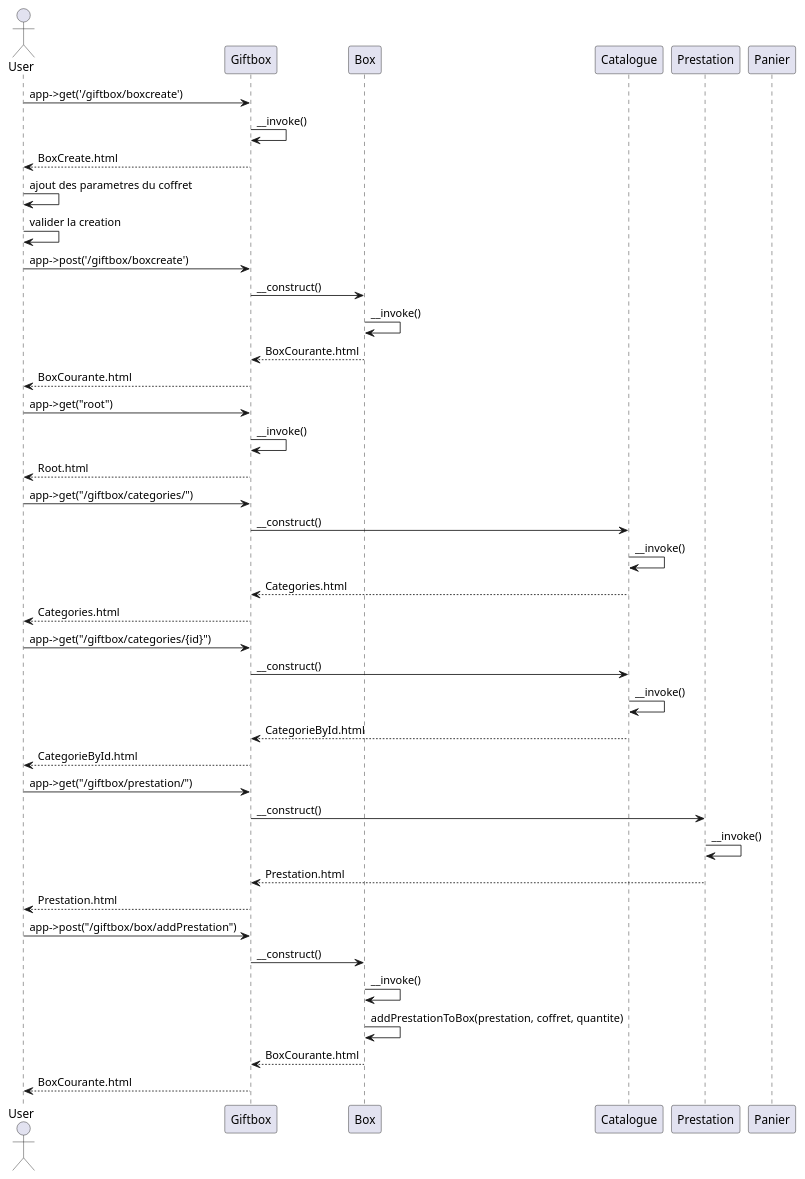
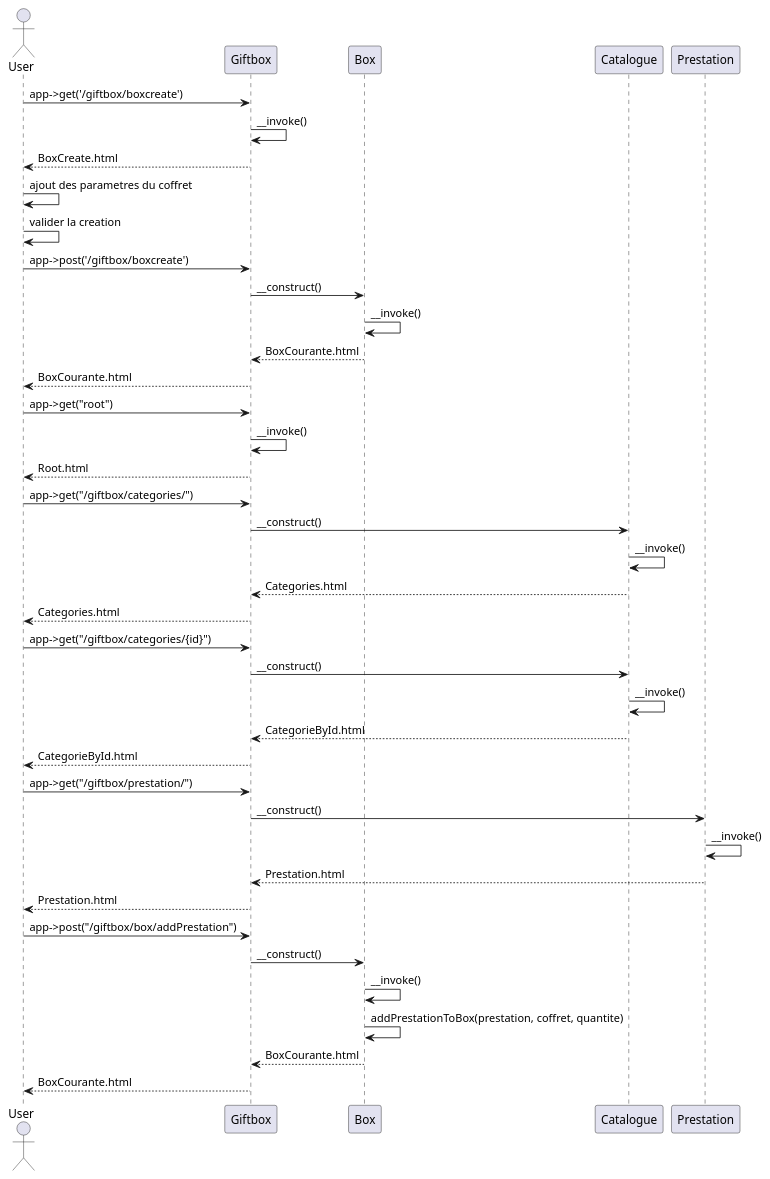
The diagram in TD6/exo3.puml (Aliec-AQ/Architecture-Logicielle), drawn with PlantUML before and after one commit. The commit also changed 1 other file, not shown here.

Commit message:
Ajout du diagramme de séquence du TD6

```diff
--- a/TD6/exo3.puml
+++ b/TD6/exo3.puml
@@ -1,46 +1,45 @@
 @startuml
 'https://plantuml.com/sequence-diagram
 
 actor User as U
 participant "Giftbox" as G
 participant "Box" as B
 participant "Catalogue" as C
 participant "Prestation" as Pr
-participant "Panier" as P
 
 U -> G: app->get('/giftbox/boxcreate')
 G -> G: __invoke()
 G --> U: BoxCreate.html
 U -> U: ajout des parametres du coffret
 U -> U: valider la creation
 U -> G: app->post('/giftbox/boxcreate')
 G -> B: __construct()
 B -> B: __invoke()
 B --> G: BoxCourante.html
 G --> U: BoxCourante.html
 U -> G: app->get("root")
 G -> G: __invoke()
 G --> U: Root.html
 U -> G: app->get("/giftbox/categories/")
 G -> C: __construct()
 C -> C: __invoke()
 C --> G: Categories.html
 G --> U: Categories.html
 U -> G: app->get("/giftbox/categories/{id}")
 G -> C: __construct()
 C -> C: __invoke()
 C --> G: CategorieById.html
 G --> U: CategorieById.html
 U -> G: app->get("/giftbox/prestation/")
 G -> Pr: __construct()
 Pr -> Pr: __invoke()
 Pr --> G: Prestation.html
 G --> U: Prestation.html
 U -> G: app->post("/giftbox/box/addPrestation")
 G -> B: __construct()
 B -> B: __invoke()
 B -> B: addPrestationToBox(prestation, coffret, quantite)
 B --> G: BoxCourante.html
 G --> U: BoxCourante.html
 
 @enduml
```
